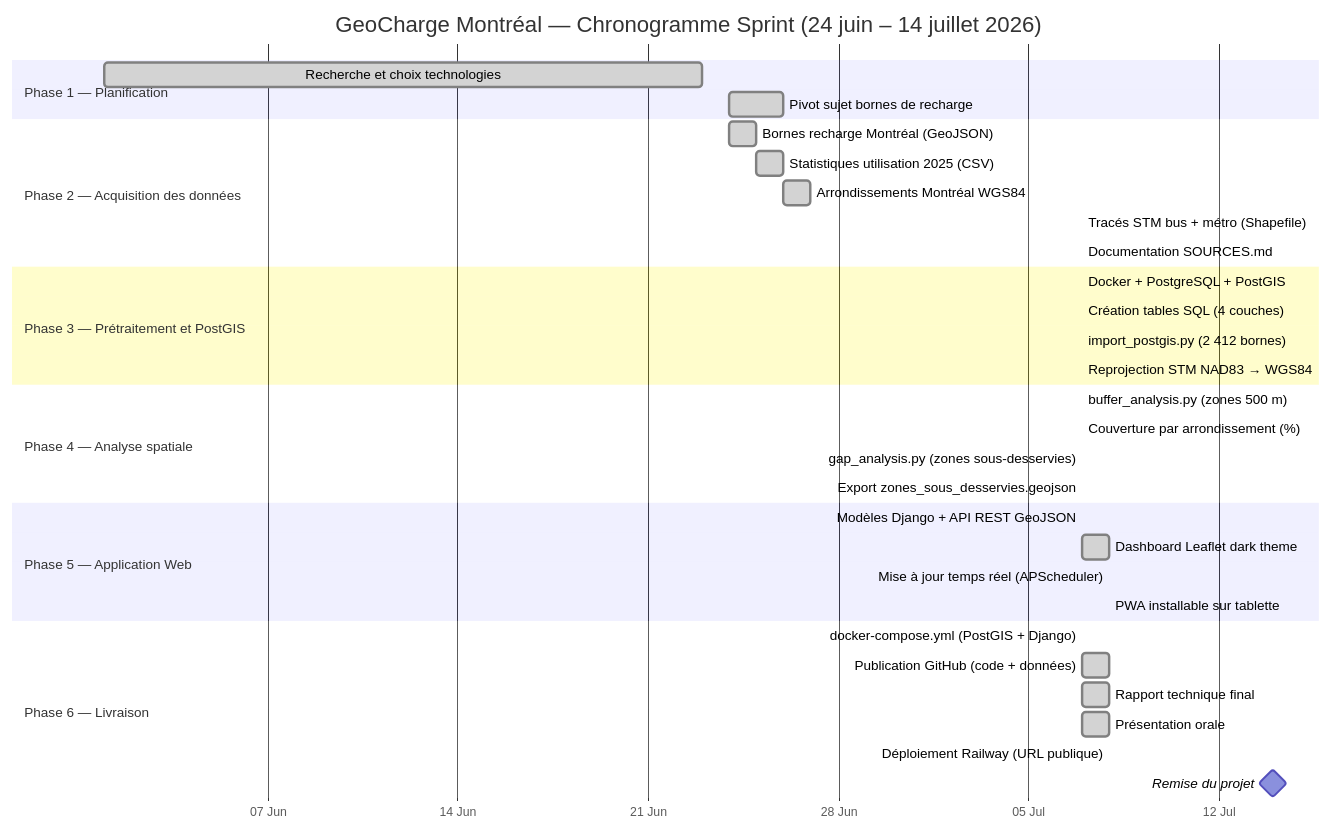
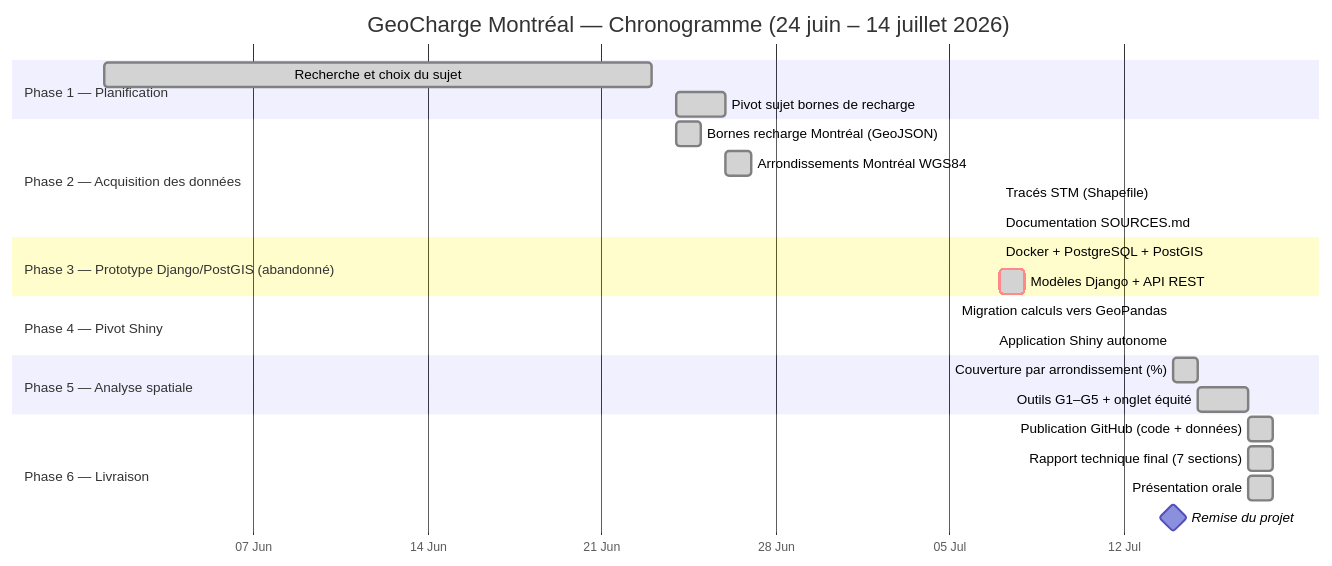
One commit to modou5604501/projet_Session changed the diagram in CHRONOGRAMME.md. Above: the diagram before and after it, drawn with Mermaid. The commit also changed other lines of this file and 40 other files, not shown here.

First line of the commit message:
fix: retirer l'ancienne architecture Django/PostGIS/Docker (abandonnée) du dépôt

````diff
--- a/CHRONOGRAMME.md
+++ b/CHRONOGRAMME.md
@@ -24,43 +24,34 @@
 ```mermaid
 gantt
-    title GeoCharge Montréal — Chronogramme Sprint (24 juin – 14 juillet 2026)
+    title GeoCharge Montréal — Chronogramme (24 juin – 14 juillet 2026)
     dateFormat  YYYY-MM-DD
     axisFormat  %d %b
 
     section Phase 1 — Planification
-    Recherche et choix technologies         :done, p1a, 2026-06-01, 2026-06-23
+    Recherche et choix du sujet             :done, p1a, 2026-06-01, 2026-06-23
     Pivot sujet bornes de recharge          :done, p1b, 2026-06-24, 2026-06-26
 
     section Phase 2 — Acquisition des données
     Bornes recharge Montréal (GeoJSON)      :done, p2a, 2026-06-24, 2026-06-25
-    Statistiques utilisation 2025 (CSV)     :done, p2b, 2026-06-25, 2026-06-26
     Arrondissements Montréal WGS84          :done, p2c, 2026-06-26, 2026-06-27
-    Tracés STM bus + métro (Shapefile)      :done, p2d, 2026-07-07, 2026-07-07
-    Documentation SOURCES.md               :done, p2e, 2026-07-07, 2026-07-07
+    Tracés STM (Shapefile)                  :done, p2d, 2026-07-07, 2026-07-07
+    Documentation SOURCES.md                :done, p2e, 2026-07-07, 2026-07-07
 
-    section Phase 3 — Prétraitement et PostGIS
-    Docker + PostgreSQL + PostGIS           :done, p3a, 2026-07-07, 2026-07-07
-    Création tables SQL (4 couches)         :done, p3b, 2026-07-07, 2026-07-07
-    import_postgis.py (2 412 bornes)        :done, p3c, 2026-07-07, 2026-07-07
-    Reprojection STM NAD83 → WGS84          :done, p3d, 2026-07-07, 2026-07-07
+    section Phase 3 — Prototype Django/PostGIS (abandonné)
+    Docker + PostgreSQL + PostGIS           :crit, done, p3a, 2026-07-07, 2026-07-07
+    Modèles Django + API REST               :crit, done, p3b, 2026-07-07, 2026-07-08
 
-    section Phase 4 — Analyse spatiale
-    buffer_analysis.py (zones 500 m)        :done, p4a, 2026-07-07, 2026-07-07
-    Couverture par arrondissement (%)       :done, p4b, 2026-07-07, 2026-07-07
-    gap_analysis.py (zones sous-desservies) :done, p4c, 2026-07-07, 2026-07-07
-    Export zones_sous_desservies.geojson    :done, p4d, 2026-07-07, 2026-07-07
+    section Phase 4 — Pivot Shiny
+    Migration calculs vers GeoPandas        :done, p4a, 2026-07-14, 2026-07-14
+    Application Shiny autonome              :done, p4b, 2026-07-14, 2026-07-14
 
-    section Phase 5 — Application Web
-    Modèles Django + API REST GeoJSON       :done, p5a, 2026-07-07, 2026-07-07
-    Dashboard Leaflet dark theme            :done, p5b, 2026-07-07, 2026-07-08
-    Mise à jour temps réel (APScheduler)    :done, p5c, 2026-07-08, 2026-07-08
-    PWA installable sur tablette            :done, p5d, 2026-07-08, 2026-07-08
+    section Phase 5 — Analyse spatiale
+    Couverture par arrondissement (%)       :done, p5a, 2026-07-14, 2026-07-15
+    Outils G1–G5 + onglet équité            :done, p5b, 2026-07-15, 2026-07-17
 
     section Phase 6 — Livraison
-    docker-compose.yml (PostGIS + Django)   :done, p6a, 2026-07-07, 2026-07-07
-    Publication GitHub (code + données)     :done, p6b, 2026-07-07, 2026-07-08
-    Rapport technique final                 :done, p6c, 2026-07-07, 2026-07-08
-    Présentation orale                      :done, p6d, 2026-07-07, 2026-07-08
-    Déploiement Railway (URL publique)      :done, p6e, 2026-07-08, 2026-07-08
+    Publication GitHub (code + données)     :done, p6a, 2026-07-17, 2026-07-18
+    Rapport technique final (7 sections)    :done, p6c, 2026-07-17, 2026-07-18
+    Présentation orale                      :done, p6d, 2026-07-17, 2026-07-18
     Remise du projet                        :milestone, 2026-07-14, 2026-07-14
 ```
````
